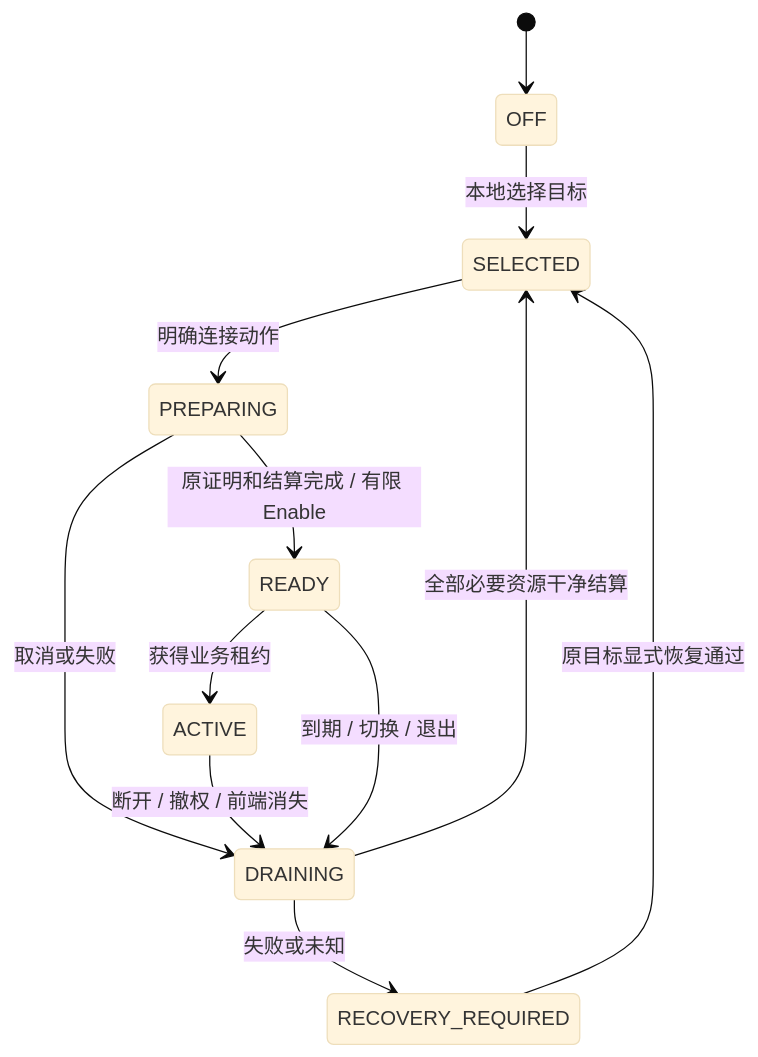
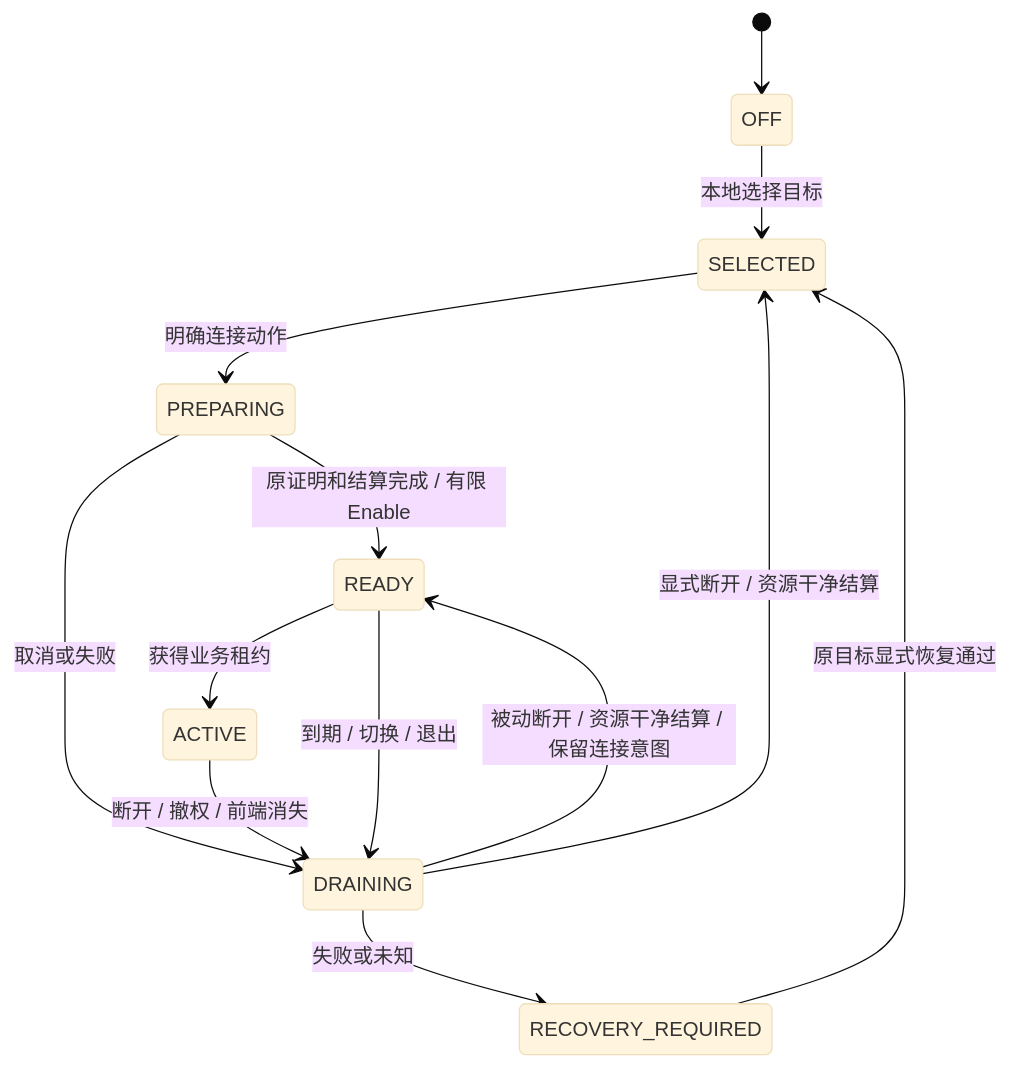
One commit to duanzhijian200443/shiroha_quiz changed the third of 5 diagrams in docs/product/agent-refactor/unified-access-and-content-exchange-v1.md. Above: the diagram before and after it, drawn with Mermaid (base theme). The commit also changed other lines of this file and 23 other files, not shown here.

````diff
--- a/docs/product/agent-refactor/unified-access-and-content-exchange-v1.md
+++ b/docs/product/agent-refactor/unified-access-and-content-exchange-v1.md
@@ -390,14 +390,15 @@
 ```mermaid
 stateDiagram-v2
   [*] --> OFF
   OFF --> SELECTED: 本地选择目标
   SELECTED --> PREPARING: 明确连接动作
   PREPARING --> READY: 原证明和结算完成 / 有限 Enable
   PREPARING --> DRAINING: 取消或失败
   READY --> ACTIVE: 获得业务租约
   ACTIVE --> DRAINING: 断开 / 撤权 / 前端消失
   READY --> DRAINING: 到期 / 切换 / 退出
-  DRAINING --> SELECTED: 全部必要资源干净结算
+  DRAINING --> READY: 被动断开 / 资源干净结算 / 保留连接意图
+  DRAINING --> SELECTED: 显式断开 / 资源干净结算
   DRAINING --> RECOVERY_REQUIRED: 失败或未知
   RECOVERY_REQUIRED --> SELECTED: 原目标显式恢复通过
 ```
````
